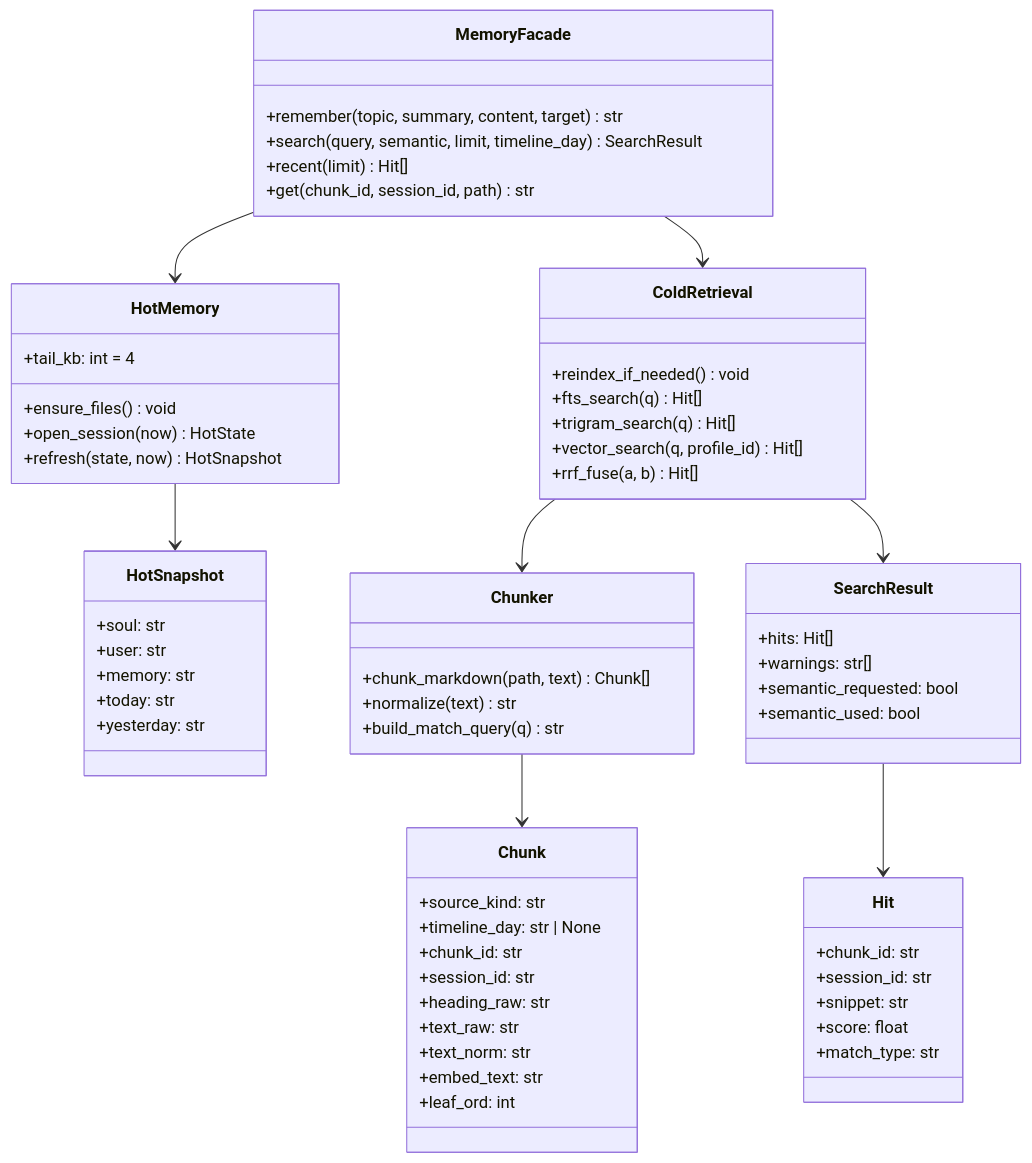
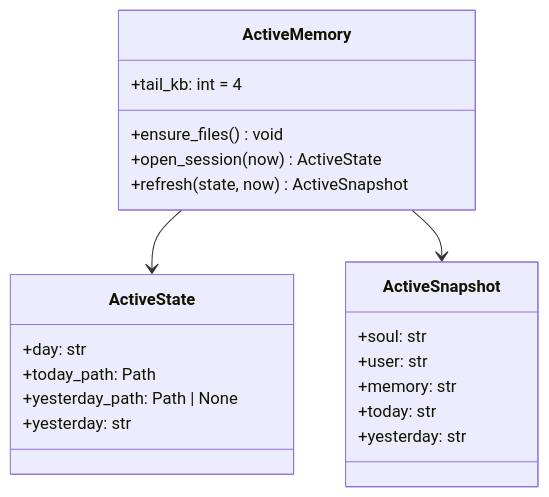
Before and after one commit to Flowerf19/thyca-ai: the diagram in .agents/plans/services/memory.md, drawn with Mermaid. The commit also changed other lines of this file and 10 other files, not shown here.

First line of the commit message:
feat(memory): add ActiveMemory prompt window

````diff
--- a/.agents/plans/services/memory.md
+++ b/.agents/plans/services/memory.md
@@ -17,65 +28,24 @@
 ```mermaid
 classDiagram
-    class HotMemory {
+    class ActiveMemory {
+        +tail_kb: int = 4
         +ensure_files() void
-        +open_session(now) HotState
-        +refresh(state, now) HotSnapshot
-        +tail_kb: int = 4
+        +open_session(now) ActiveState
+        +refresh(state, now) ActiveSnapshot
     }
-    class HotSnapshot {
+    class ActiveState {
+        +day: str
+        +today_path: Path
+        +yesterday_path: Path | None
+        +yesterday: str
+    }
+    class ActiveSnapshot {
         +soul: str
         +user: str
         +memory: str
         +today: str
         +yesterday: str
     }
-    class MemoryFacade {
-        +remember(topic, summary, content, target) str
-        +search(query, semantic, limit, timeline_day) SearchResult
-        +recent(limit) Hit[]
-        +get(chunk_id, session_id, path) str
-    }
-    class ColdRetrieval {
-        +reindex_if_needed() void
-        +fts_search(q) Hit[]
-        +trigram_search(q) Hit[]
-        +vector_search(q, profile_id) Hit[]
-        +rrf_fuse(a, b) Hit[]
-    }
-    class Chunker {
-        +chunk_markdown(path, text) Chunk[]
-        +normalize(text) str
-        +build_match_query(q) str
-    }
-    class Chunk {
-        +source_kind: str
-        +timeline_day: str | None
-        +chunk_id: str
-        +session_id: str
-        +heading_raw: str
-        +text_raw: str
-        +text_norm: str
-        +embed_text: str
-        +leaf_ord: int
-    }
-    class SearchResult {
-        +hits: Hit[]
-        +warnings: str[]
-        +semantic_requested: bool
-        +semantic_used: bool
-    }
-    class Hit {
-        +chunk_id: str
-        +session_id: str
-        +snippet: str
-        +score: float
-        +match_type: str
-    }
-    HotMemory --> HotSnapshot
-    MemoryFacade --> HotMemory
-    MemoryFacade --> ColdRetrieval
-    ColdRetrieval --> Chunker
-    Chunker --> Chunk
-    ColdRetrieval --> SearchResult
-    SearchResult --> Hit
+    ActiveMemory --> ActiveState
+    ActiveMemory --> ActiveSnapshot
 ```
````
